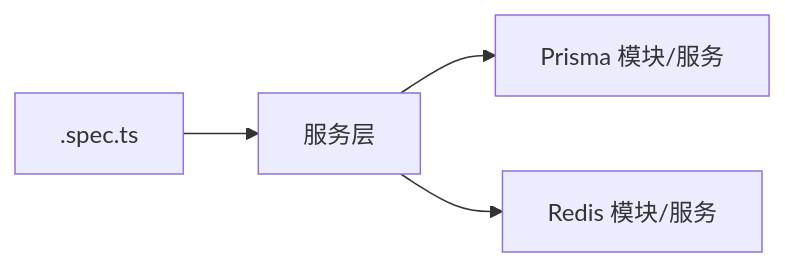
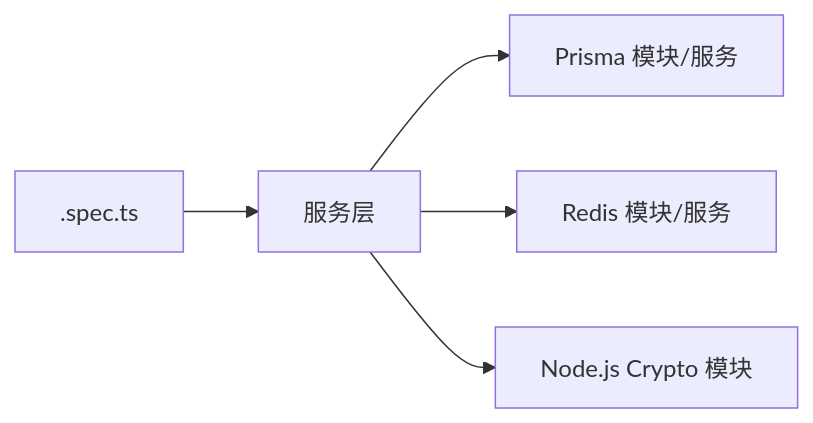
One commit to rc558620/purelyprofit-server changed the eighth of 9 diagrams in .qoder/repowiki/zh/content/测试策略/测试策略.md. Above: the diagram before and after it, drawn with Mermaid. The commit also changed other lines of this file and 320 other files, not shown here.

````diff
--- a/.qoder/repowiki/zh/content/测试策略/测试策略.md
+++ b/.qoder/repowiki/zh/content/测试策略/测试策略.md
@@ -304,6 +339,7 @@
 ```mermaid
 graph LR
 Spec[".spec.ts"] --> Svc["服务层"]
 Svc --> Prisma["Prisma 模块/服务"]
 Svc --> Redis["Redis 模块/服务"]
+Svc --> Crypto["Node.js Crypto 模块"]
 ```
````
